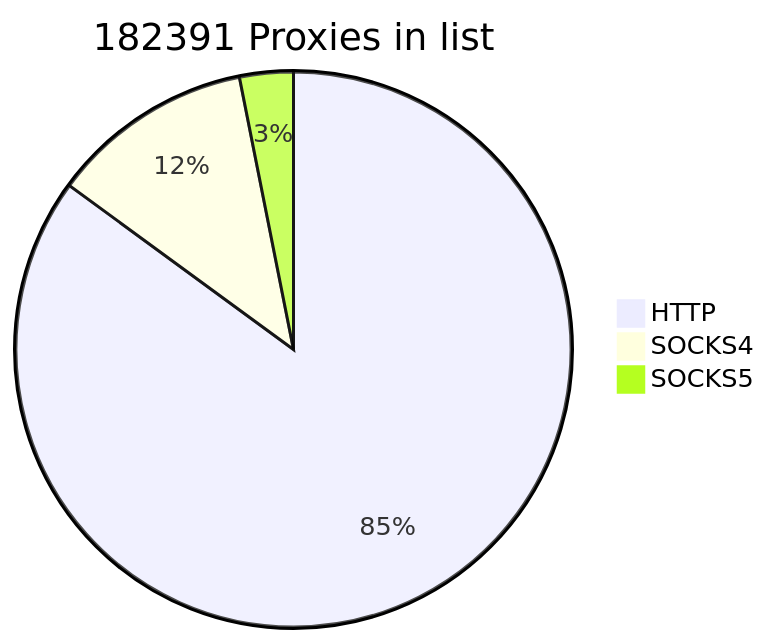
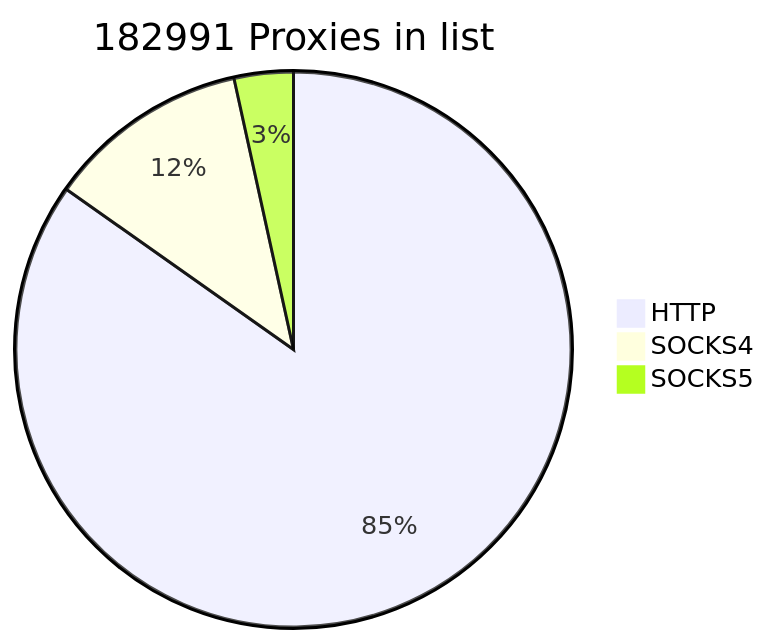
One commit to cutipu/proxylist changed the first of 2 diagrams in README.md. Above: the diagram before and after it, drawn with Mermaid. The commit also changed other lines of this file, not shown here.

````diff
--- a/README.md
+++ b/README.md
@@ -2,7 +2,7 @@
 ```mermaid
-pie title 182391 Proxies in list
-    "HTTP" : 155134
+pie title 182991 Proxies in list
+    "HTTP" : 155135
     "SOCKS4" : 21563
-    "SOCKS5" : 5694
+    "SOCKS5" : 6293
             
 ```
````
